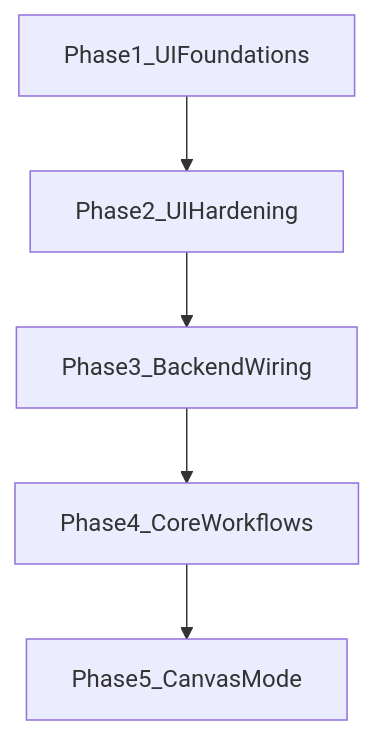
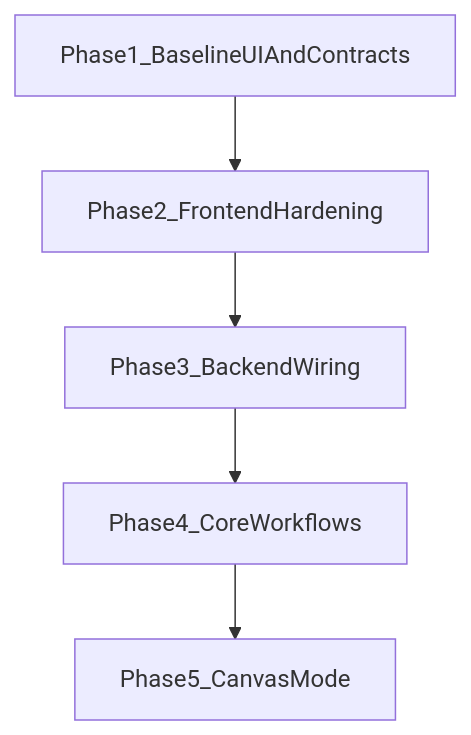
The diagram in .cursor/plans/v1.plan.md (yashvisal/prediction-market-assistant), drawn with Mermaid before and after one commit. The commit also changed other lines of this file, not shown here.

````diff
--- a/.cursor/plans/v1.plan.md
+++ b/.cursor/plans/v1.plan.md
@@ -148,7 +158,7 @@
 ```mermaid
 flowchart TD
-    phase1[Phase1_UIFoundations] --> phase2[Phase2_UIHardening]
+    phase1[Phase1_BaselineUIAndContracts] --> phase2[Phase2_FrontendHardening]
     phase2 --> phase3[Phase3_BackendWiring]
     phase3 --> phase4[Phase4_CoreWorkflows]
     phase4 --> phase5[Phase5_CanvasMode]
 ```
````
